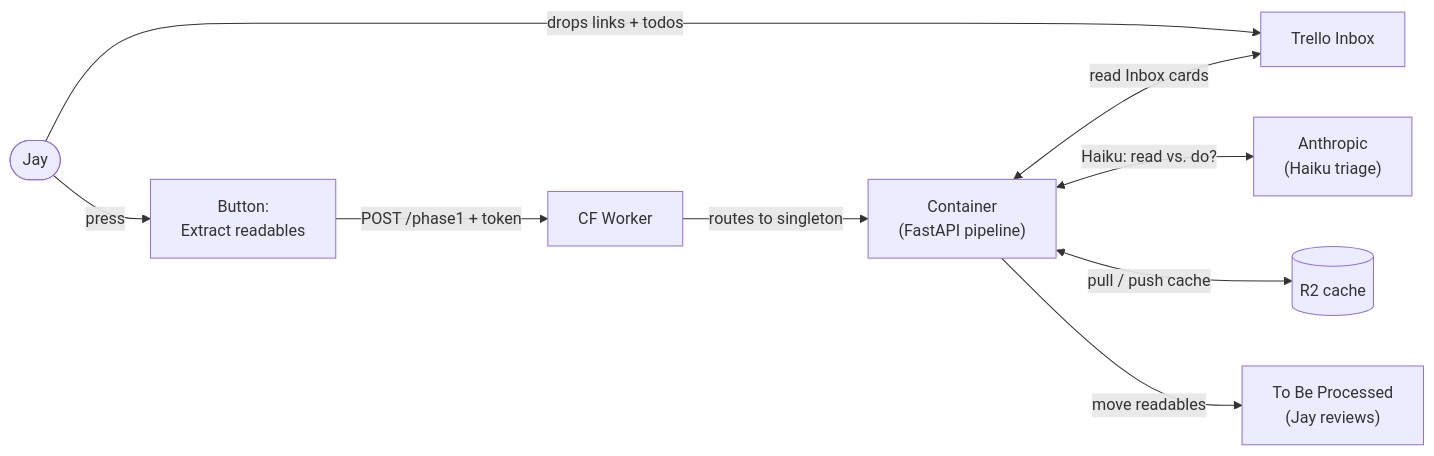
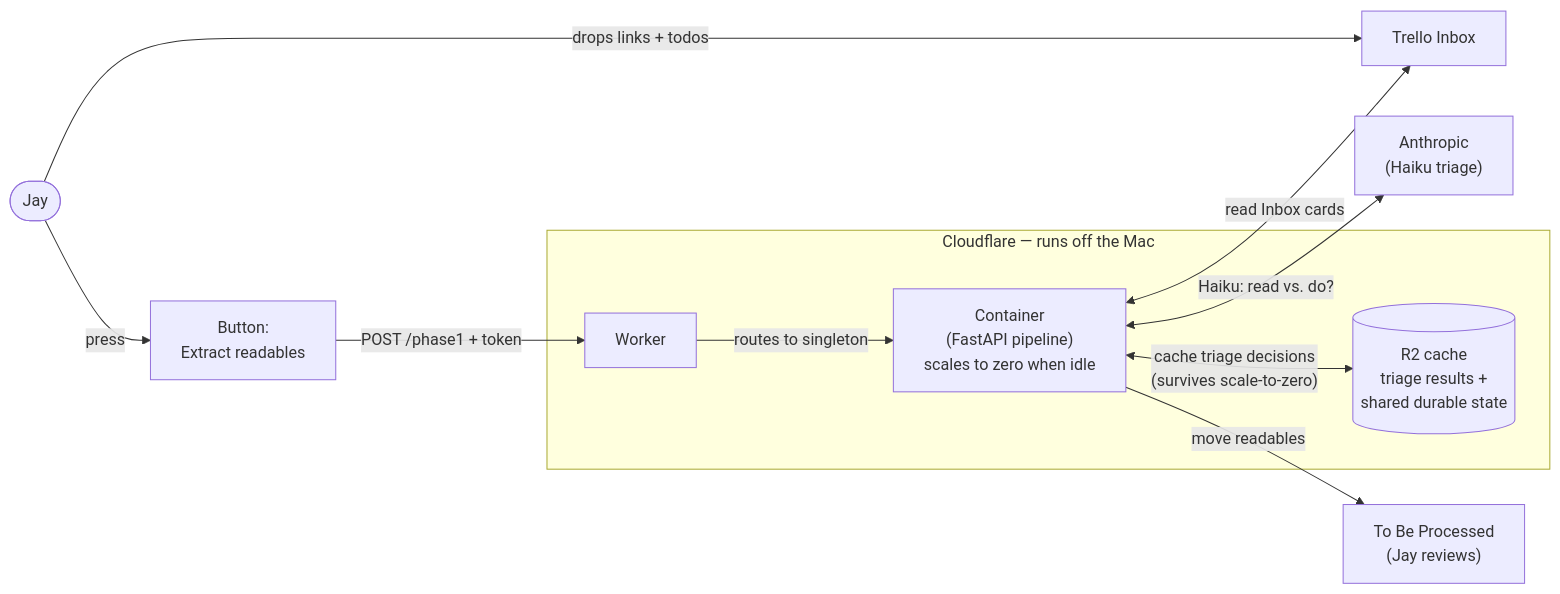
The second of 3 diagrams in README.md (jeqcho/automated-counterfactual-podcast), drawn with Mermaid before and after one commit. The commit also changed other lines of this file, not shown here.

First line of the commit message:
docs: clarify R2-cache role in Phase 1 + box Worker/Container/R2 as Cloudflare

````diff
--- a/README.md
+++ b/README.md
@@ -107,11 +111,18 @@
 ```mermaid
 flowchart LR
     Jay(["Jay"]) -->|drops links + todos| Inbox["Trello Inbox"]
     Jay -->|press| Btn["Button:<br/>Extract readables"]
-    Btn -->|POST /phase1 + token| Worker["CF Worker"]
-    Worker -->|routes to singleton| Container["Container<br/>(FastAPI pipeline)"]
+
+    subgraph CF["Cloudflare — runs off the Mac"]
+        Worker["Worker"]
+        Container["Container<br/>(FastAPI pipeline)<br/>scales to zero when idle"]
+        R2[("R2 cache<br/>triage results +<br/>shared durable state")]
+    end
+
+    Btn -->|POST /phase1 + token| Worker
+    Worker -->|routes to singleton| Container
     Container <-->|read Inbox cards| Inbox
     Container <-->|Haiku: read vs. do?| Anthropic["Anthropic<br/>(Haiku triage)"]
-    Container <-->|pull / push cache| R2[("R2 cache")]
+    Container <-->|"cache triage decisions<br/>(survives scale-to-zero)"| R2
     Container -->|move readables| TBP["To Be Processed<br/>(Jay reviews)"]
 ```
````
